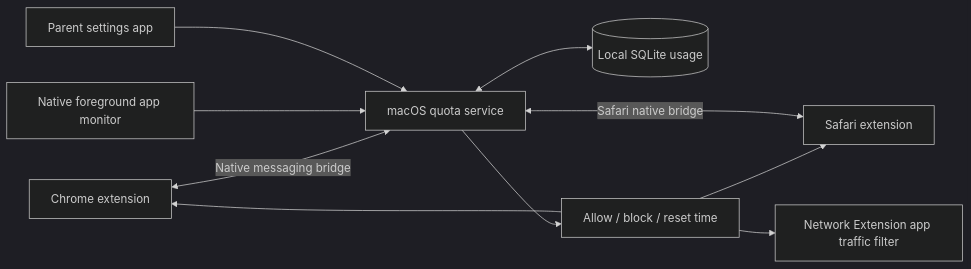
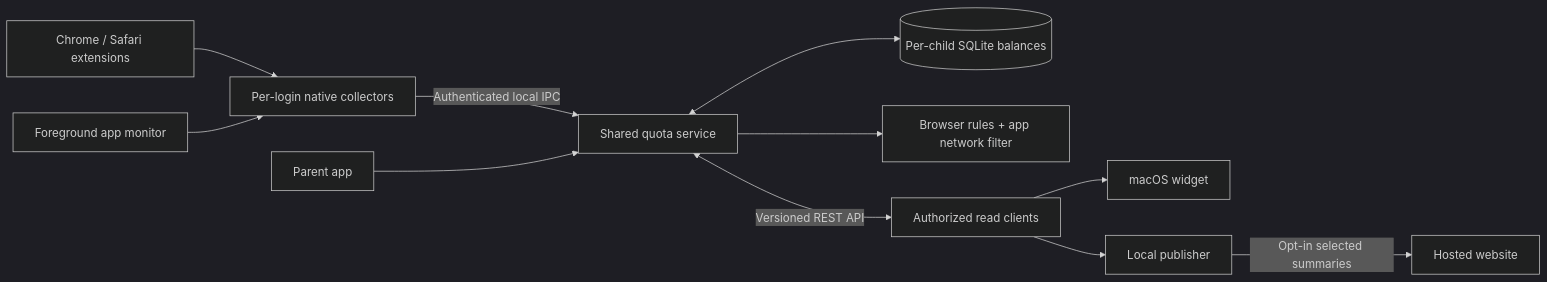
One commit to unixist/kids-quota changed the diagram in README.md. Above: the diagram before and after it, drawn with Mermaid (dark theme). The commit also changed other lines of this file and 5 other files, not shown here.

Commit message:
Specify multiple children, custom domains, and a REST client API

````diff
--- a/README.md
+++ b/README.md
@@ -40,12 +37,13 @@
 ```mermaid
 flowchart LR
-    C[Chrome extension] <-->|Native messaging bridge| Q[macOS quota service]
-    S[Safari extension] <-->|Safari native bridge| Q
-    A[Native foreground app monitor] --> Q
-    U[Parent settings app] --> Q
-    Q <--> D[(Local SQLite usage)]
-    Q --> P[Allow / block / reset time]
-    P --> C
-    P --> S
-    P --> E[Network Extension app traffic filter]
+    C[Chrome / Safari extensions] --> N[Per-login native collectors]
+    A[Foreground app monitor] --> N
+    N -->|Authenticated local IPC| Q[Shared quota service]
+    U[Parent app] --> Q
+    Q <--> D[(Per-child SQLite balances)]
+    Q --> E[Browser rules + app network filter]
+    Q <-->|Versioned REST API| R[Authorized read clients]
+    R --> W[macOS widget]
+    R --> P[Local publisher]
+    P -->|Opt-in selected summaries| S[Hosted website]
 ```
````
